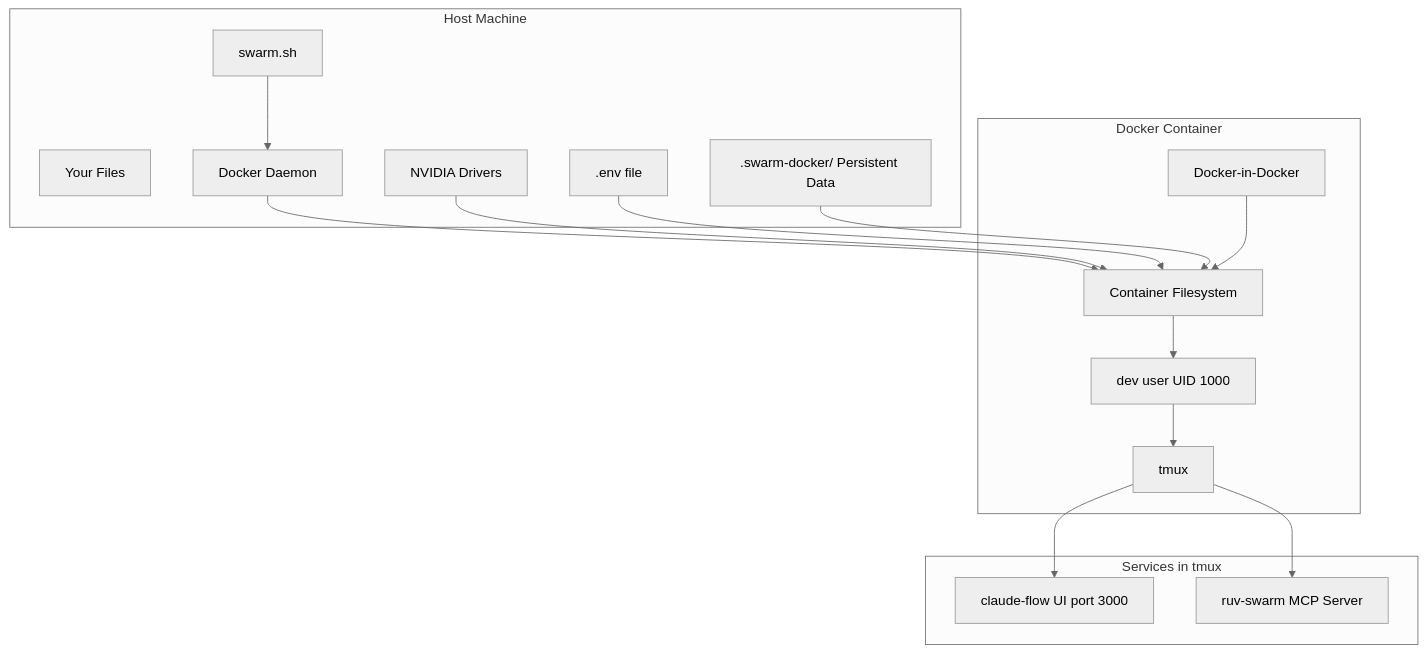
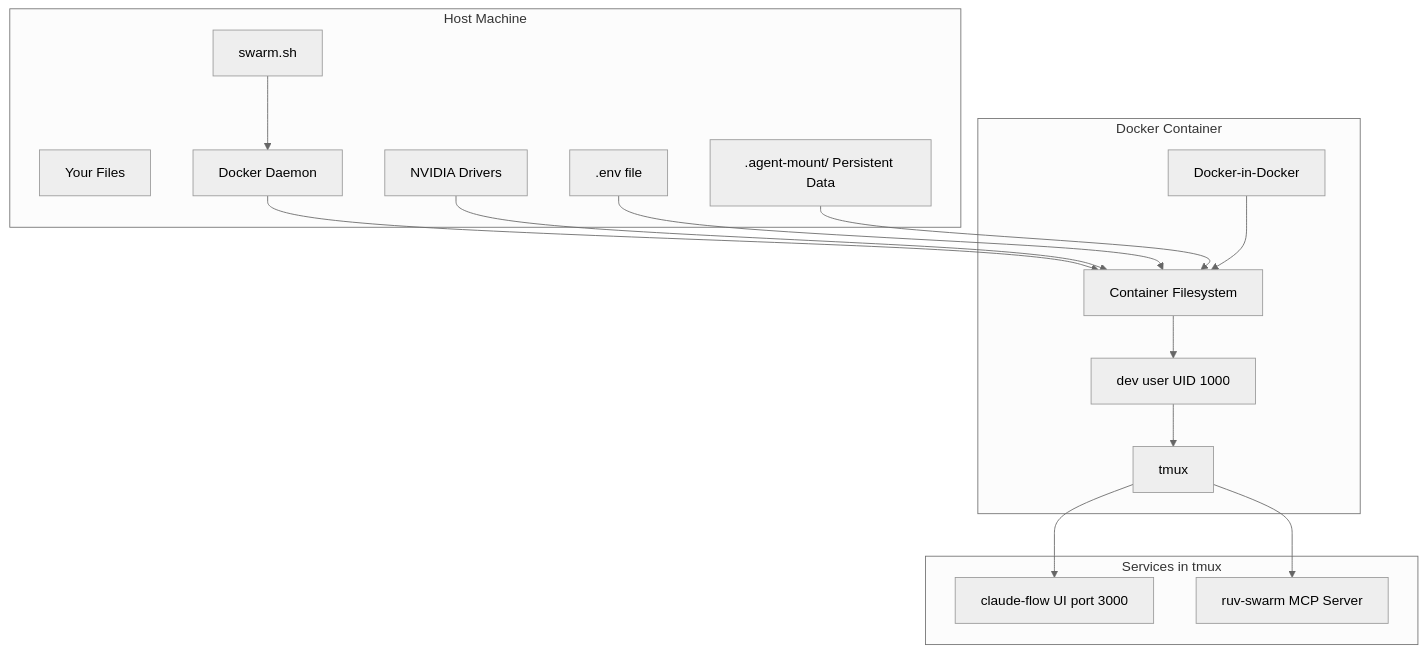
The diagram in README.md (DreamLab-AI/multi-agent-docker), drawn with Mermaid (neutral theme) before and after one commit. The commit also changed other lines of this file and 3 other files, not shown here.

````diff
--- a/README.md
+++ b/README.md
@@ -23,34 +23,34 @@
 ```mermaid
 graph TD
     subgraph Host["Host Machine"]
         A[Your Files]
         B[Docker Daemon]
         C[NVIDIA Drivers]
         D[swarm.sh]
         E[.env file]
-        F[.swarm-docker/ Persistent Data]
+        F[.agent-mount/ Persistent Data]
     end
 
     subgraph Container["Docker Container"]
         G[Container Filesystem]
         H[dev user UID 1000]
         I[tmux]
         J[Docker-in-Docker]
     end
 
     subgraph Services["Services in tmux"]
         K[claude-flow UI port 3000]
         L[ruv-swarm MCP Server]
     end
 
     D --> B
     B --> G
     C --> G
     E --> G
     F --> G
     G --> H
     H --> I
     I --> K
     I --> L
     J --> G
 ```
````
